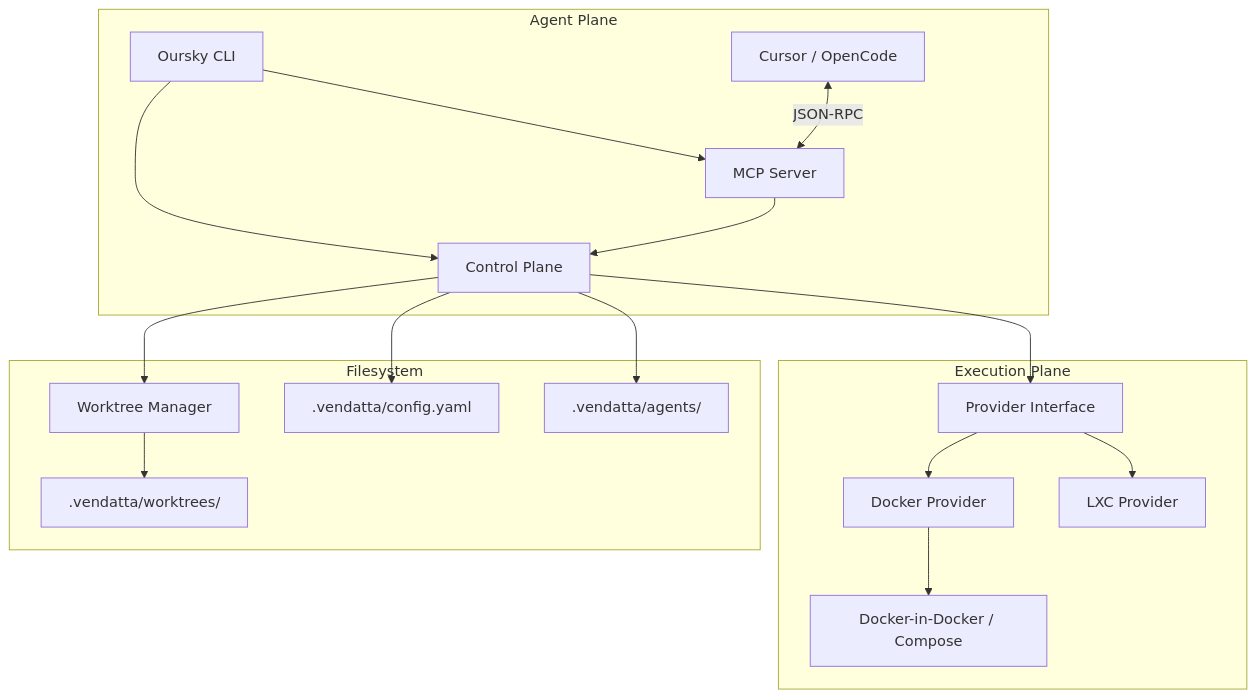
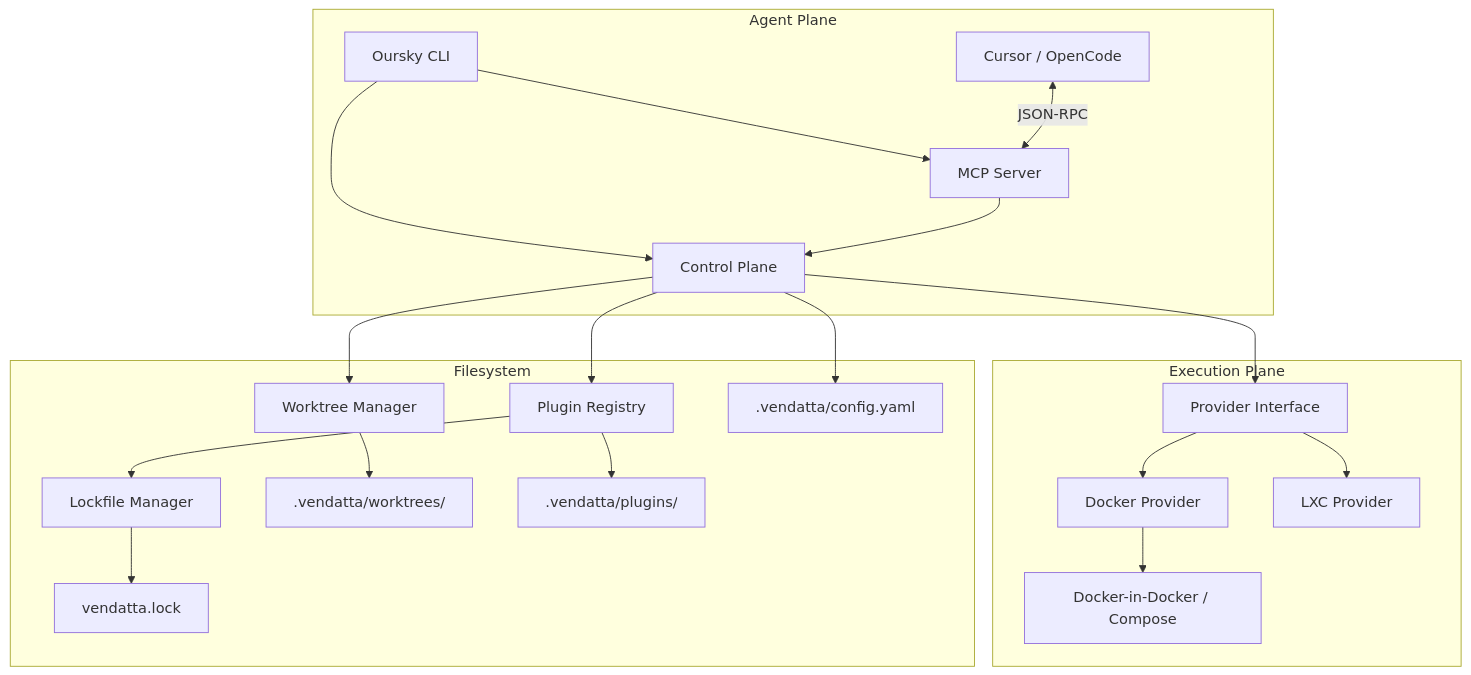
Before and after one commit to IniZio/vendatta: the diagram in docs/spec/technical/architecture.md, drawn with Mermaid. The commit also changed other lines of this file and 11 other files, not shown here.

````diff
--- a/docs/spec/technical/architecture.md
+++ b/docs/spec/technical/architecture.md
@@ -8,24 +8,27 @@
 ```mermaid
 graph TD
     CLI[Oursky CLI] --> CP[Control Plane]
     CP --> WM[Worktree Manager]
     CP --> P[Provider Interface]
+    CP --> PR[Plugin Registry]
+    PR --> LM[Lockfile Manager]
     
     subgraph "Execution Plane"
         P --> Docker[Docker Provider]
         P --> LXC[LXC Provider]
         Docker --> DinD[Docker-in-Docker / Compose]
     end
     
     subgraph "Agent Plane"
         CLI --> MCP[MCP Server]
         MCP --> CP
         UserAgent[Cursor / OpenCode] <-->|JSON-RPC| MCP
     end
 
     subgraph "Filesystem"
         WM --> WT[.vendatta/worktrees/]
         CP --> CFG[.vendatta/config.yaml]
-        CP --> AS[.vendatta/agents/]
+        PR --> PS[.vendatta/plugins/]
+        LM --> LF[vendatta.lock]
     end
 ```
````
